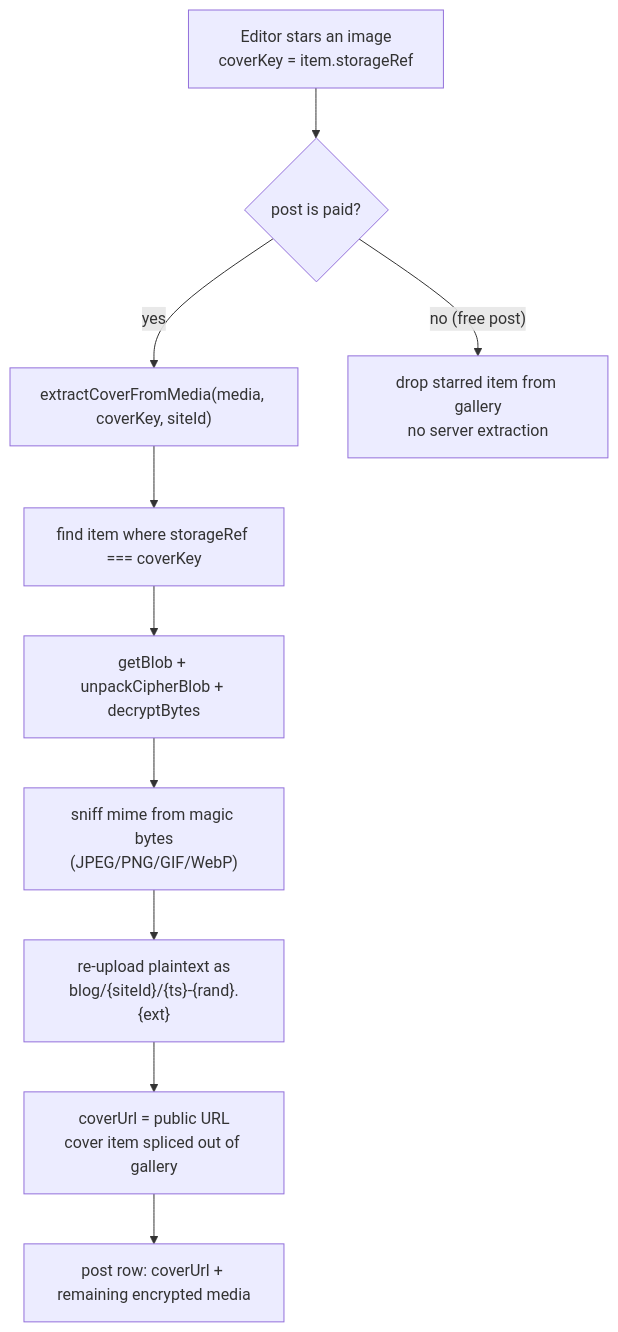
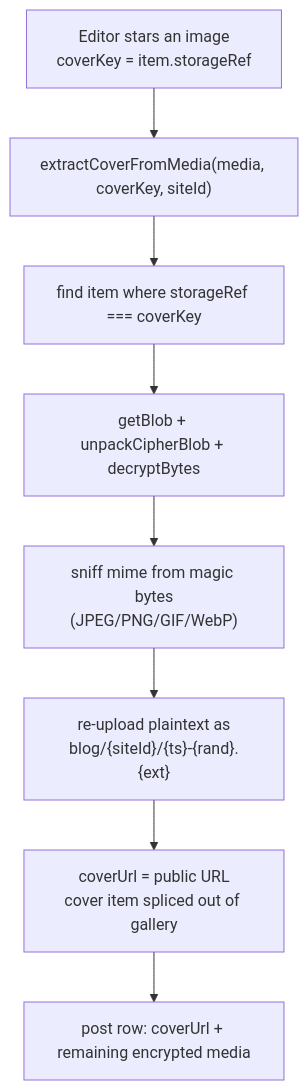
Before and after one commit to fortunesayspump/nibgate: the third of 4 diagrams in docs/src/app/encryption/page.mdx, drawn with Mermaid. The commit also changed other lines of this file and 116 other files, not shown here.

````diff
--- a/docs/src/app/encryption/page.mdx
+++ b/docs/src/app/encryption/page.mdx
@@ -106,12 +114,10 @@
 ```mermaid
 flowchart TD
-    A["Editor stars an image<br/>coverKey = item.storageRef"] --> B{post is paid?}
-    B -- yes --> C["extractCoverFromMedia(media, coverKey, siteId)"]
+    A["Editor stars an image<br/>coverKey = item.storageRef"] --> C["extractCoverFromMedia(media, coverKey, siteId)"]
     C --> D["find item where storageRef === coverKey"]
     D --> E["getBlob + unpackCipherBlob + decryptBytes"]
     E --> F["sniff mime from magic bytes<br/>(JPEG/PNG/GIF/WebP)"]
     F --> G["re-upload plaintext as<br/>blog/{siteId}/{ts}-{rand}.{ext}"]
     G --> H["coverUrl = public URL<br/>cover item spliced out of gallery"]
     H --> I["post row: coverUrl + remaining encrypted media"]
-    B -- no (free post) --> J["drop starred item from gallery<br/>no server extraction"]
 ```
````
